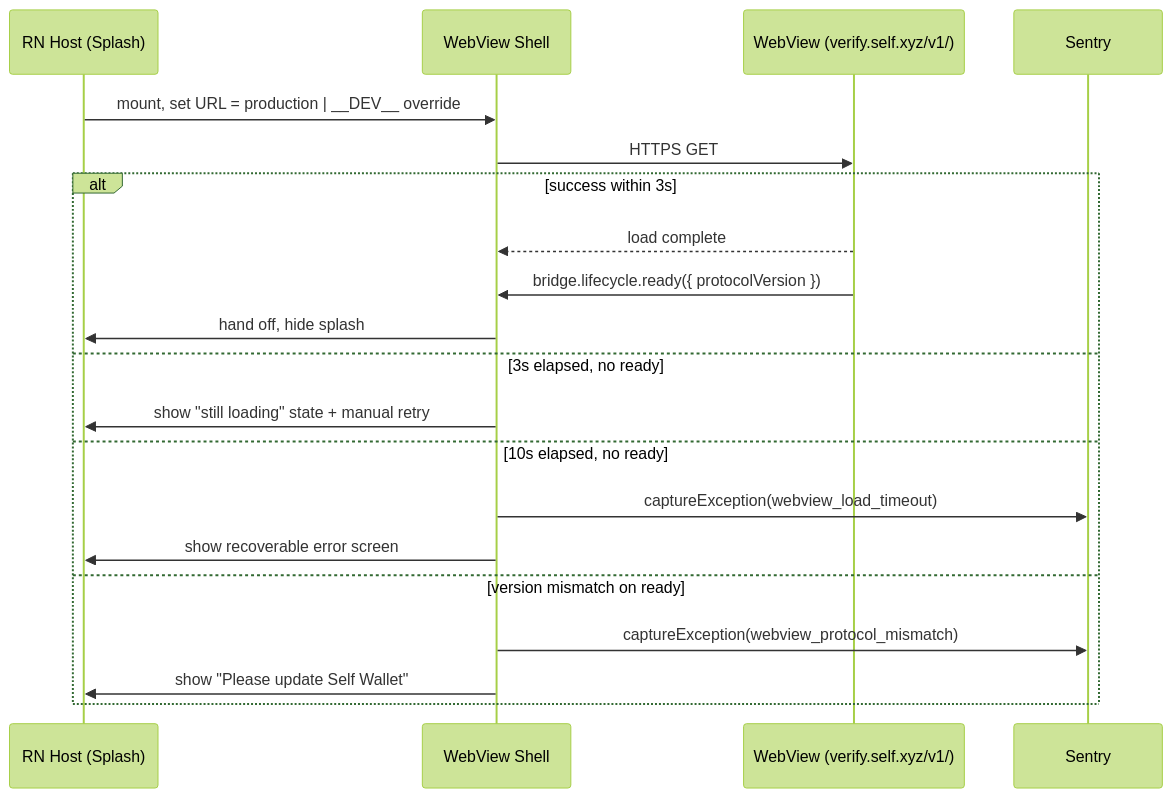
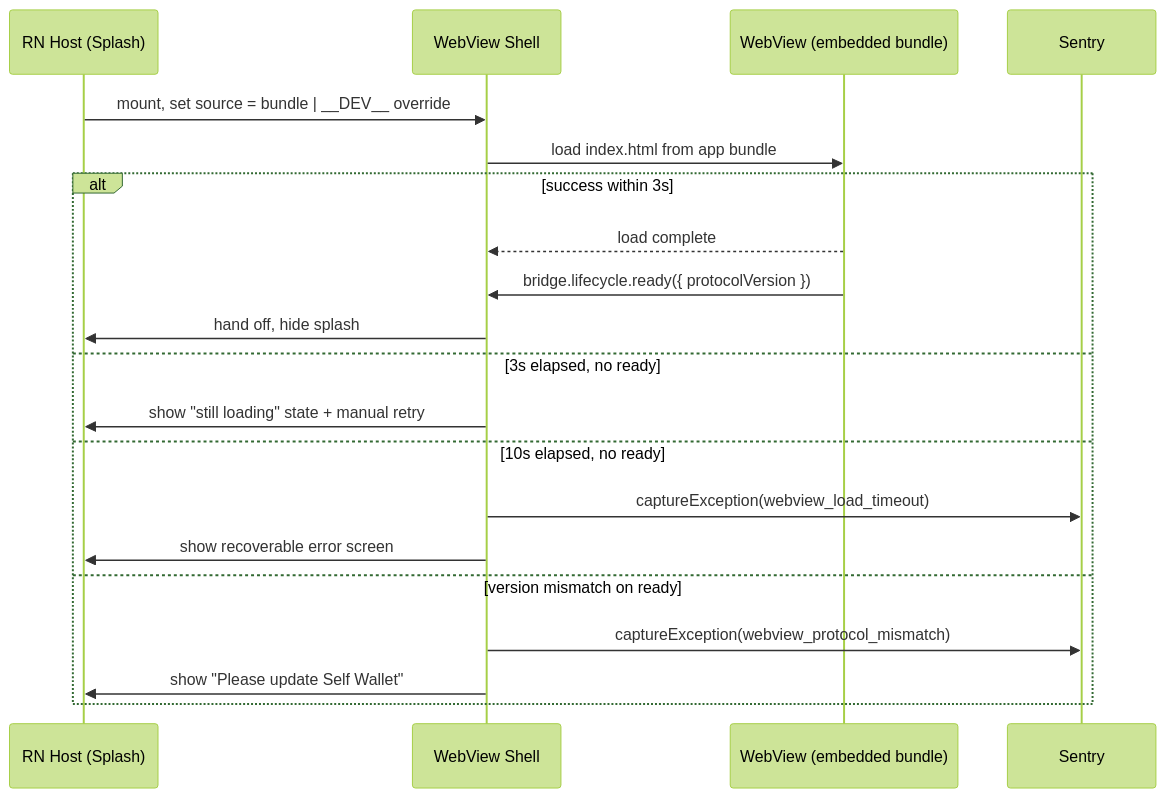
One commit to selfxyz/self changed the diagram in specs/projects/sdk/workstreams/webview-in-app/SPEC-HOSTED-LOADING.md. Above: the diagram before and after it, drawn with Mermaid (forest theme). The commit also changed other lines of this file and 9 other files, not shown here.

First line of the commit message:
feat(rn-sdk): SelfCrypto native module + bundle-loading spec alignment

````diff
--- a/specs/projects/sdk/workstreams/webview-in-app/SPEC-HOSTED-LOADING.md
+++ b/specs/projects/sdk/workstreams/webview-in-app/SPEC-HOSTED-LOADING.md
@@ -82,23 +85,23 @@
 ```mermaid
 sequenceDiagram
   participant App as RN Host (Splash)
   participant Shell as WebView Shell
-  participant WV as WebView (verify.self.xyz/v1/)
+  participant WV as WebView (embedded bundle)
   participant Sentry as Sentry
 
-  App->>Shell: mount, set URL = production | __DEV__ override
-  Shell->>WV: HTTPS GET
+  App->>Shell: mount, set source = bundle | __DEV__ override
+  Shell->>WV: load index.html from app bundle
   alt success within 3s
     WV-->>Shell: load complete
     WV->>Shell: bridge.lifecycle.ready({ protocolVersion })
     Shell->>App: hand off, hide splash
   else 3s elapsed, no ready
     Shell->>App: show "still loading" state + manual retry
   else 10s elapsed, no ready
     Shell->>Sentry: captureException(webview_load_timeout)
     Shell->>App: show recoverable error screen
   else version mismatch on ready
     Shell->>Sentry: captureException(webview_protocol_mismatch)
     Shell->>App: show "Please update Self Wallet"
   end
 ```
````
